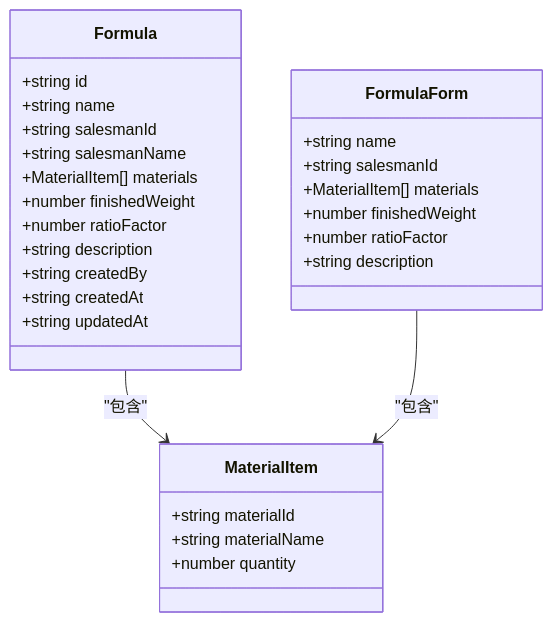
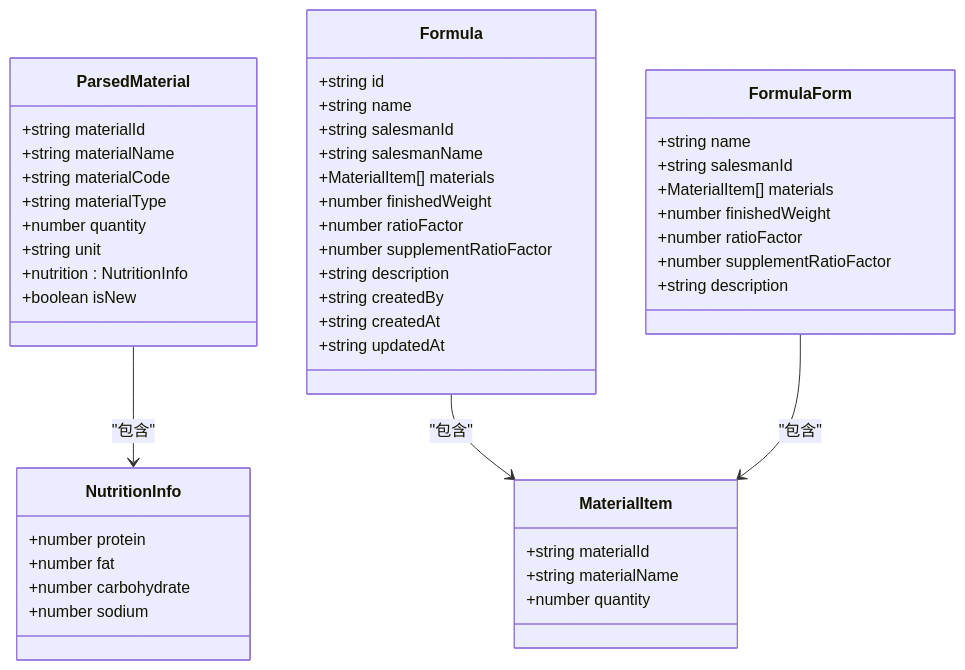
The seventh of 10 diagrams in .qoder/repowiki/zh/content/核心功能模块/配方管理系统/配方管理系统.md (xpretycn/TingStudio), drawn with Mermaid before and after one commit. The commit also changed other lines of this file and 56 other files, not shown here.

````diff
--- a/.qoder/repowiki/zh/content/核心功能模块/配方管理系统/配方管理系统.md
+++ b/.qoder/repowiki/zh/content/核心功能模块/配方管理系统/配方管理系统.md
@@ -333,31 +420,50 @@
 ```mermaid
 classDiagram
 class MaterialItem {
 +string materialId
 +string materialName
 +number quantity
+}
+class ParsedMaterial {
++string materialId
++string materialName
++string materialCode
++string materialType
++number quantity
++string unit
++nutrition : NutritionInfo
++boolean isNew
+}
+class NutritionInfo {
++number protein
++number fat
++number carbohydrate
++number sodium
 }
 class Formula {
 +string id
 +string name
 +string salesmanId
 +string salesmanName
 +MaterialItem[] materials
 +number finishedWeight
 +number ratioFactor
++number supplementRatioFactor
 +string description
 +string createdBy
 +string createdAt
 +string updatedAt
 }
 class FormulaForm {
 +string name
 +string salesmanId
 +MaterialItem[] materials
 +number finishedWeight
 +number ratioFactor
++number supplementRatioFactor
 +string description
 }
 Formula --> MaterialItem : "包含"
 FormulaForm --> MaterialItem : "包含"
+ParsedMaterial --> NutritionInfo : "包含"
 ```
````
